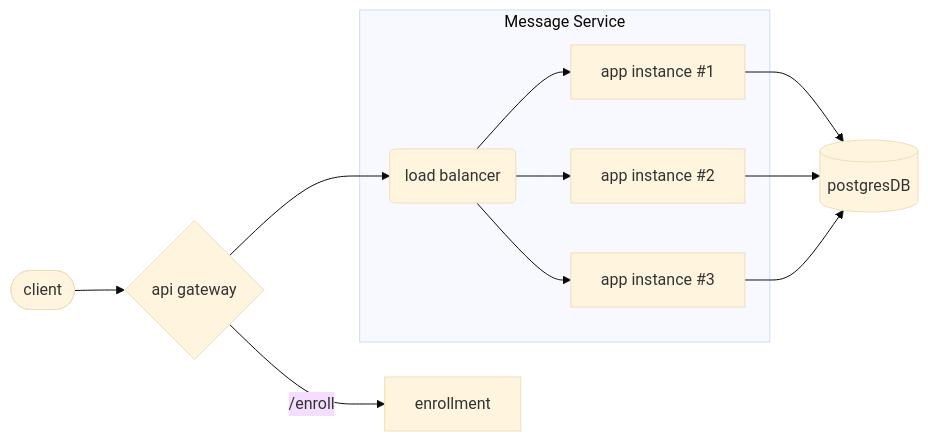
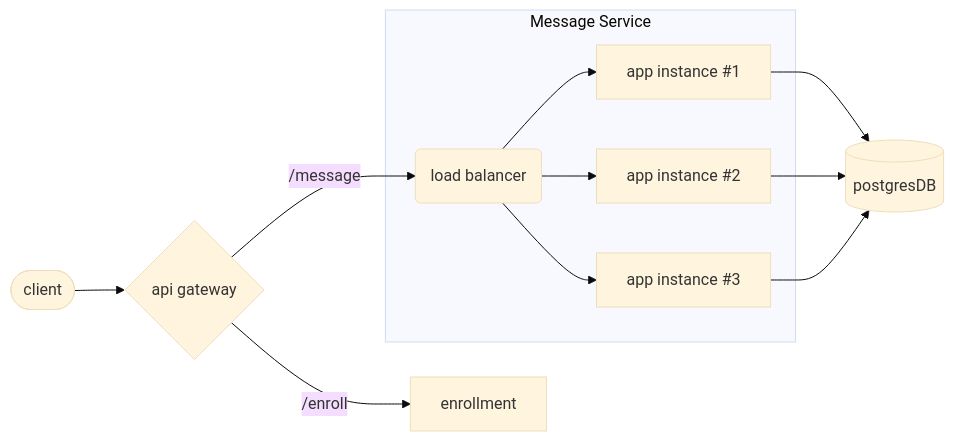
Before and after one commit to WalterEschenbach/hr-server: the diagram in diagrams/flow-chart.mmd, drawn with Mermaid (base theme).

Commit message:
minor update to flowchart

```diff
--- a/diagrams/flow-chart.mmd
+++ b/diagrams/flow-chart.mmd
@@ -1,12 +1,12 @@
 flowchart LR;
     id1([client])-->id8{api gateway};
-    id8-->id2(load balancer);
+    id8--/message-->id2(load balancer);
     id8--/enroll-->id9[enrollment];
     subgraph Message Service
     id2-->id4[app instance #1];
     id2-->id5[app instance #2];
     id2-->id6[app instance #3];
     end
     id4-->id7[(postgresDB)];
     id5-->id7;
     id6-->id7;
```
